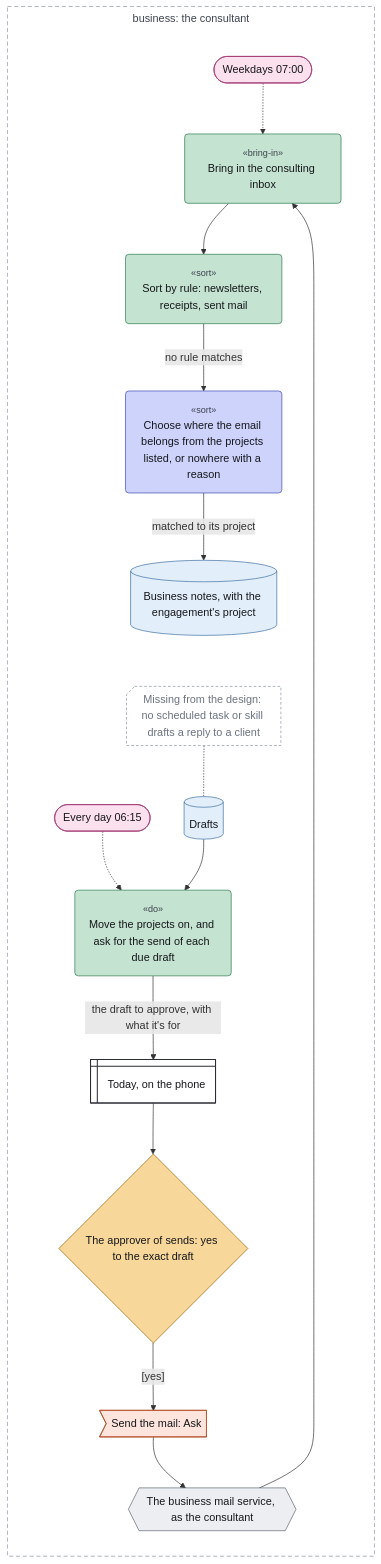
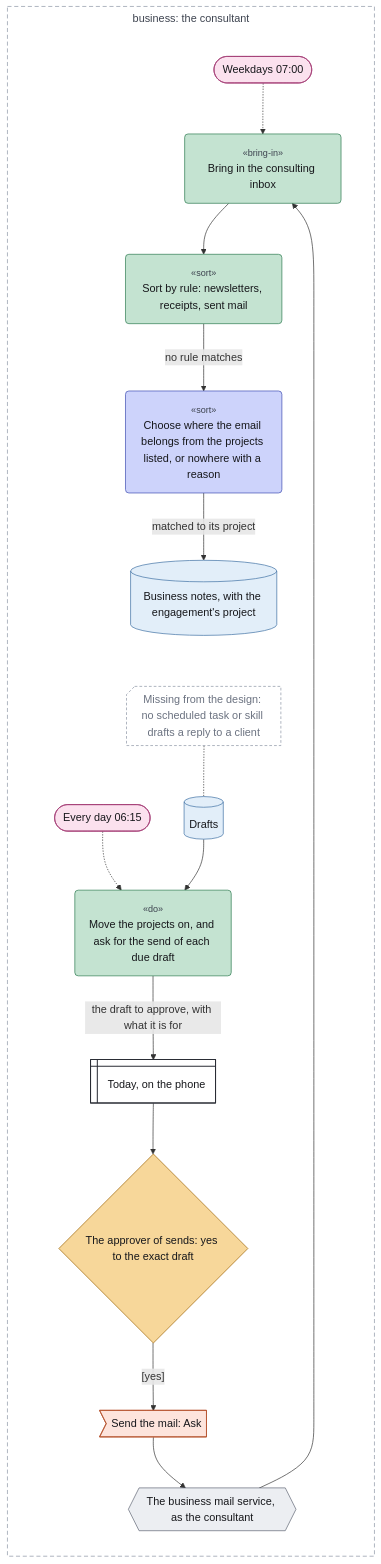
Before and after one commit to chrismdp/awml: the diagram in examples/client-email.mmd, drawn with Mermaid. The commit also changed 2 other files, not shown here.

Commit message:
Write "what it is for" in full in the client's email
Claude-Session: https://claude.ai/code/session_01DmUzGABWjJ8Q9TZ4KgoK4v

```diff
--- a/examples/client-email.mmd
+++ b/examples/client-email.mmd
@@ -1,60 +1,60 @@
 ---
 config:
   theme: default
   flowchart:
     useMaxWidth: false
     subGraphTitleMargin:
       top: 6
       bottom: 30
 ---
 flowchart TB
   subgraph business["business: the consultant"]
     direction TB
     weekdays(["Weekdays 07:00"])
     mail{{"The business mail service, as the consultant"}}
     bring("<small style='color:#3d434f'>«bring-in»</small><br>Bring in the consulting inbox")
     rules("<small style='color:#3d434f'>«sort»</small><br>Sort by rule: newsletters, receipts, sent mail")
     sort("<small style='color:#3d434f'>«sort»</small><br>Choose where the email belongs from the projects listed, or nowhere with a reason")
     notes[("Business notes, with the engagement's project")]
     draft_gap@{ shape: notch-rect, label: "Missing from the design: no scheduled task or skill drafts a reply to a client" }
     daily(["Every day 06:15"])
     drafts[("Drafts")]
     advance("<small style='color:#3d434f'>«do»</small><br>Move the projects on, and ask for the send of each due draft")
     today@{ shape: win-pane, label: "Today, on the phone" }
     approve{"The approver of sends: yes to the exact draft"}
     send>"Send the mail: Ask"]
   end
 
   weekdays -.-> bring
   mail --> bring
   bring --> rules
   rules -->|"no rule matches"| sort
   sort -->|"matched to its project"| notes
   notes ~~~ draft_gap
   draft_gap -.- drafts
   daily -.-> advance
   drafts --> advance
-  advance -->|"the draft to approve, with what it's for"| today
+  advance -->|"the draft to approve, with what it is for"| today
   today --> approve
   approve -->|"[yes]"| send
   send --> mail
   classDef trig fill:#fbe1ee,stroke:#a33a74,color:#16171b
   classDef ctx fill:#e2eef9,stroke:#3d6fa3,color:#16171b
   classDef con fill:#eceef2,stroke:#5d6472,color:#16171b
   classDef surf fill:#ffffff,stroke:#2a2d35,stroke-width:1.5px,color:#16171b
   classDef out fill:#fde4dc,stroke:#b5532f,color:#16171b
   classDef ai fill:#cdd3fb,stroke:#3b4bb0,color:#16171b
   classDef rule fill:#c4e3d1,stroke:#2b7a4f,color:#16171b
   classDef human fill:#f7d79a,stroke:#9a6100,color:#16171b
   classDef uml fill:#16171b,stroke:#16171b,color:#16171b
   classDef gap fill:#ffffff,stroke:#8a93a3,stroke-dasharray:4 3,color:#6b7280
   class weekdays,daily trig
   class notes,drafts ctx
   class mail con
   class today surf
   class send out
   class sort ai
   class bring,rules,advance rule
   class approve human
   class draft_gap gap
   style business fill:transparent,stroke:#8a93a3,stroke-dasharray:6 4,color:#3d434f
```
